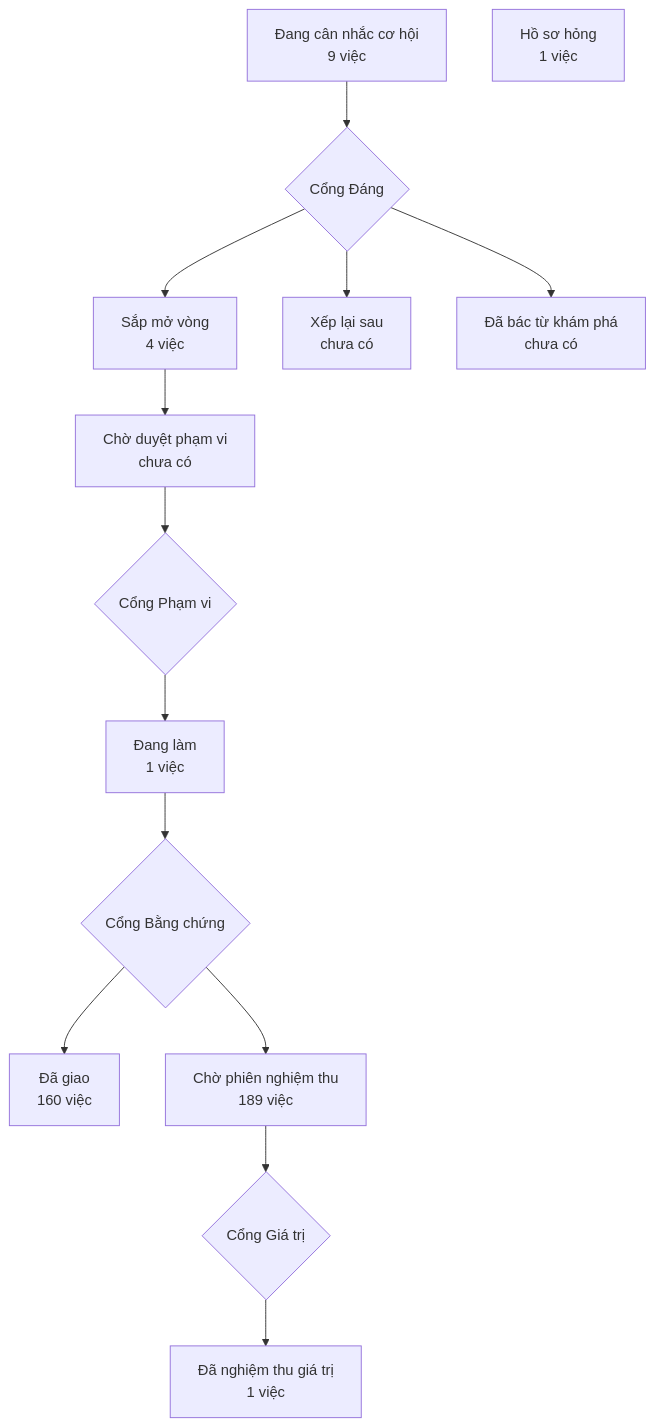
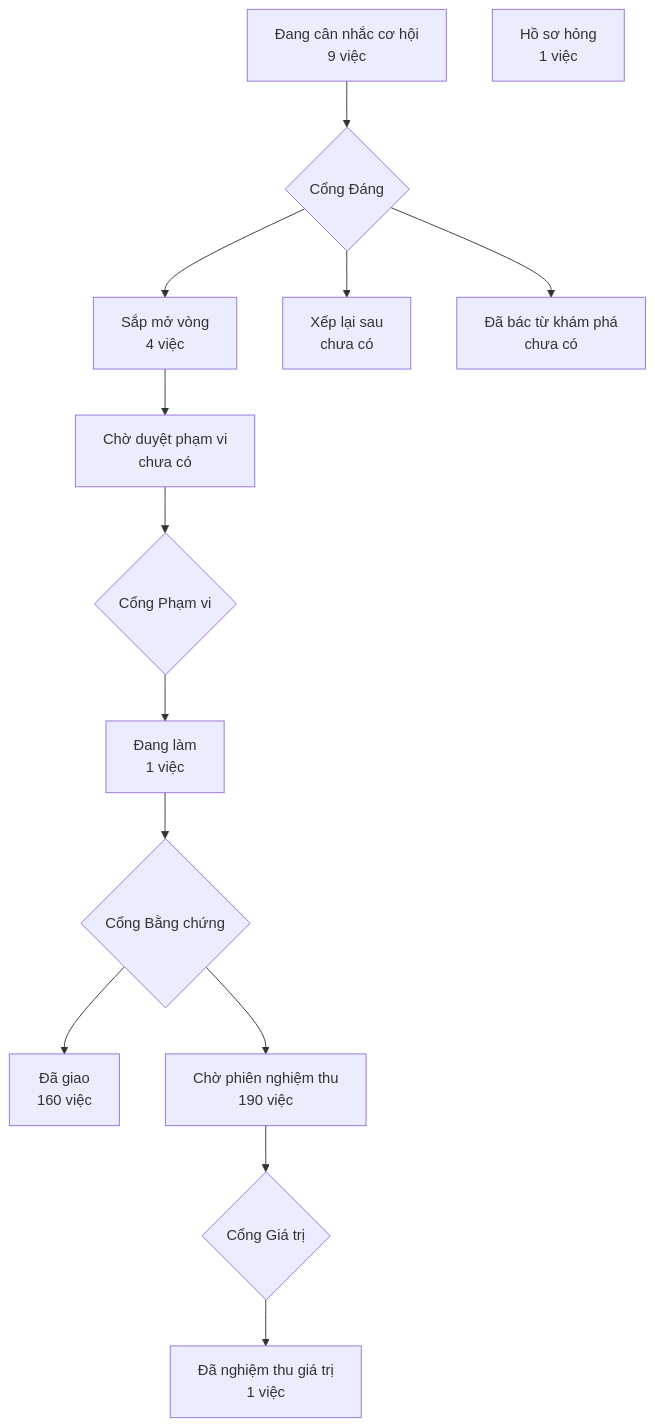
Before and after one commit to phanlemanh/crm-onehub: the diagram in PRODUCT-MAP.md, drawn with Mermaid. The commit also changed 1 other file, not shown here.

Commit message:
docs(bo-okr-co-so): vẽ lại bản đồ sau khi gộp onehub 5084ffe74

````diff
--- a/PRODUCT-MAP.md
+++ b/PRODUCT-MAP.md
@@ -7,13 +7,13 @@
 ```mermaid
 flowchart TD
   A["Đang cân nhắc cơ hội<br/>9 việc"] --> GD{"Cổng Đáng"}
   GD --> B["Sắp mở vòng<br/>4 việc"]
   GD --> XL["Xếp lại sau<br/>chưa có"]
   GD --> DB["Đã bác từ khám phá<br/>chưa có"]
   B --> CD["Chờ duyệt phạm vi<br/>chưa có"] --> GP{"Cổng Phạm vi"}
   GP --> DL["Đang làm<br/>1 việc"] --> GB{"Cổng Bằng chứng"}
   GB --> DG["Đã giao<br/>160 việc"]
-  GB --> CN["Chờ phiên nghiệm thu<br/>189 việc"] --> GG{"Cổng Giá trị"}
+  GB --> CN["Chờ phiên nghiệm thu<br/>190 việc"] --> GG{"Cổng Giá trị"}
   GG --> NT["Đã nghiệm thu giá trị<br/>1 việc"]
   HS["Hồ sơ hỏng<br/>1 việc"]
 ```
````
